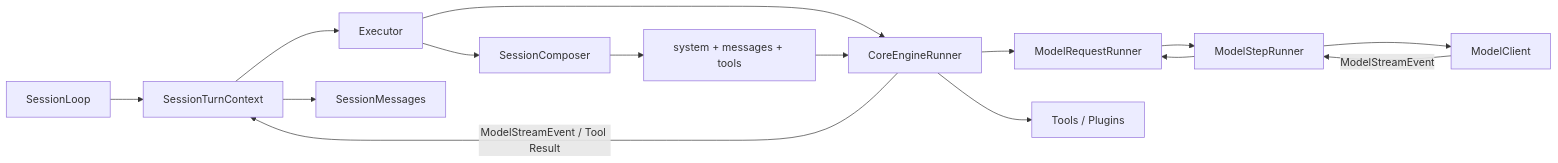
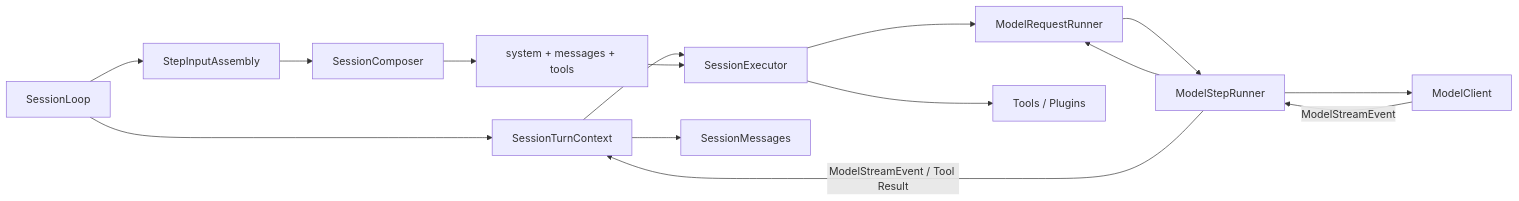
One commit to genesiscosmos/downcity changed the diagram in packages/agent/src/executor/README.md. Above: the diagram before and after it, drawn with Mermaid. The commit also changed other lines of this file and 49 other files, not shown here.

First line of the commit message:
refactor(session): Composer 收敛单一协议，执行器并入 SessionLoop

````diff
--- a/packages/agent/src/executor/README.md
+++ b/packages/agent/src/executor/README.md
@@ -19,17 +19,17 @@
 ```mermaid
 flowchart LR
     Loop["SessionLoop"] --> Context["SessionTurnContext"]
-    Context --> Executor
-    Executor --> Composer["SessionComposer"]
+    Loop --> Assembly["StepInputAssembly"]
+    Assembly --> Composer["SessionComposer"]
     Composer --> Input["system + messages + tools"]
-    Executor --> Engine["CoreEngineRunner"]
-    Input --> Engine
-    Engine --> Request["ModelRequestRunner"]
+    Context --> Executor["SessionExecutor"]
+    Input --> Executor
+    Executor --> Request["ModelRequestRunner"]
     Request --> Step["ModelStepRunner"]
     Step --> Model["ModelClient"]
-    Engine --> Tools["Tools / Plugins"]
+    Executor --> Tools["Tools / Plugins"]
     Model -->|"ModelStreamEvent"| Step
     Step --> Request
-    Engine -->|"ModelStreamEvent / Tool Result"| Context
+    Step -->|"ModelStreamEvent / Tool Result"| Context
     Context --> Messages["SessionMessages"]
 ```
````
